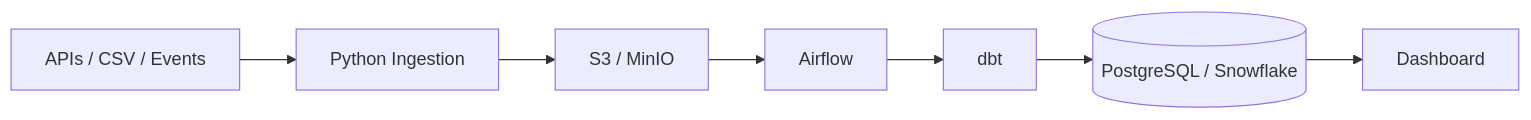
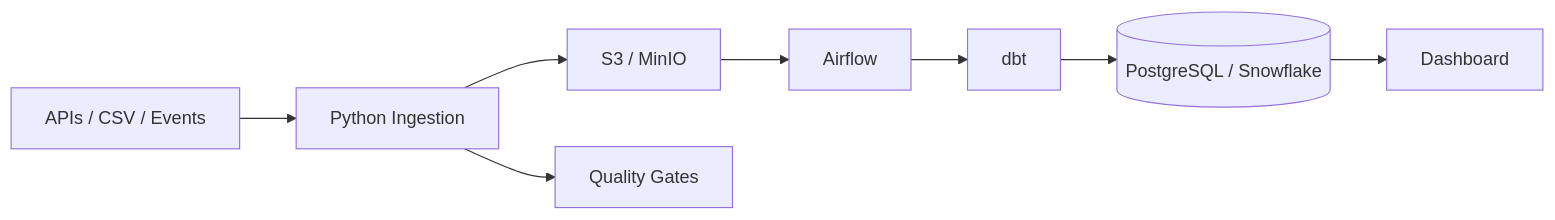
Before and after one commit to AloneRider-pixel/cloud-data-platform: the diagram in README.md, drawn with Mermaid. The commit also changed other lines of this file, not shown here.

````diff
--- a/README.md
+++ b/README.md
@@ -20,9 +11,10 @@
 ```mermaid
 graph LR
     SRC[APIs / CSV / Events] --> ING[Python Ingestion]
     ING --> RAW[S3 / MinIO]
     RAW --> AIR[Airflow]
     AIR --> DBT[dbt]
     DBT --> WH[(PostgreSQL / Snowflake)]
     WH --> BI[Dashboard]
+    ING --> Q[Quality Gates]
 ```
````
